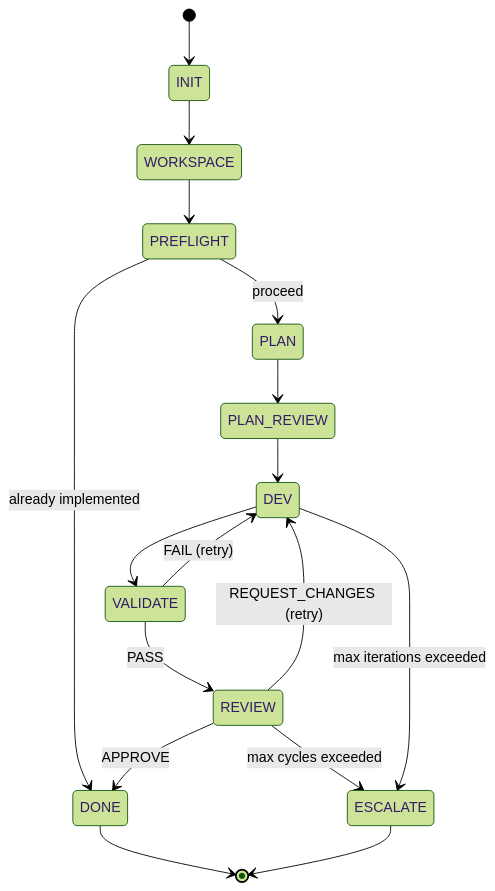
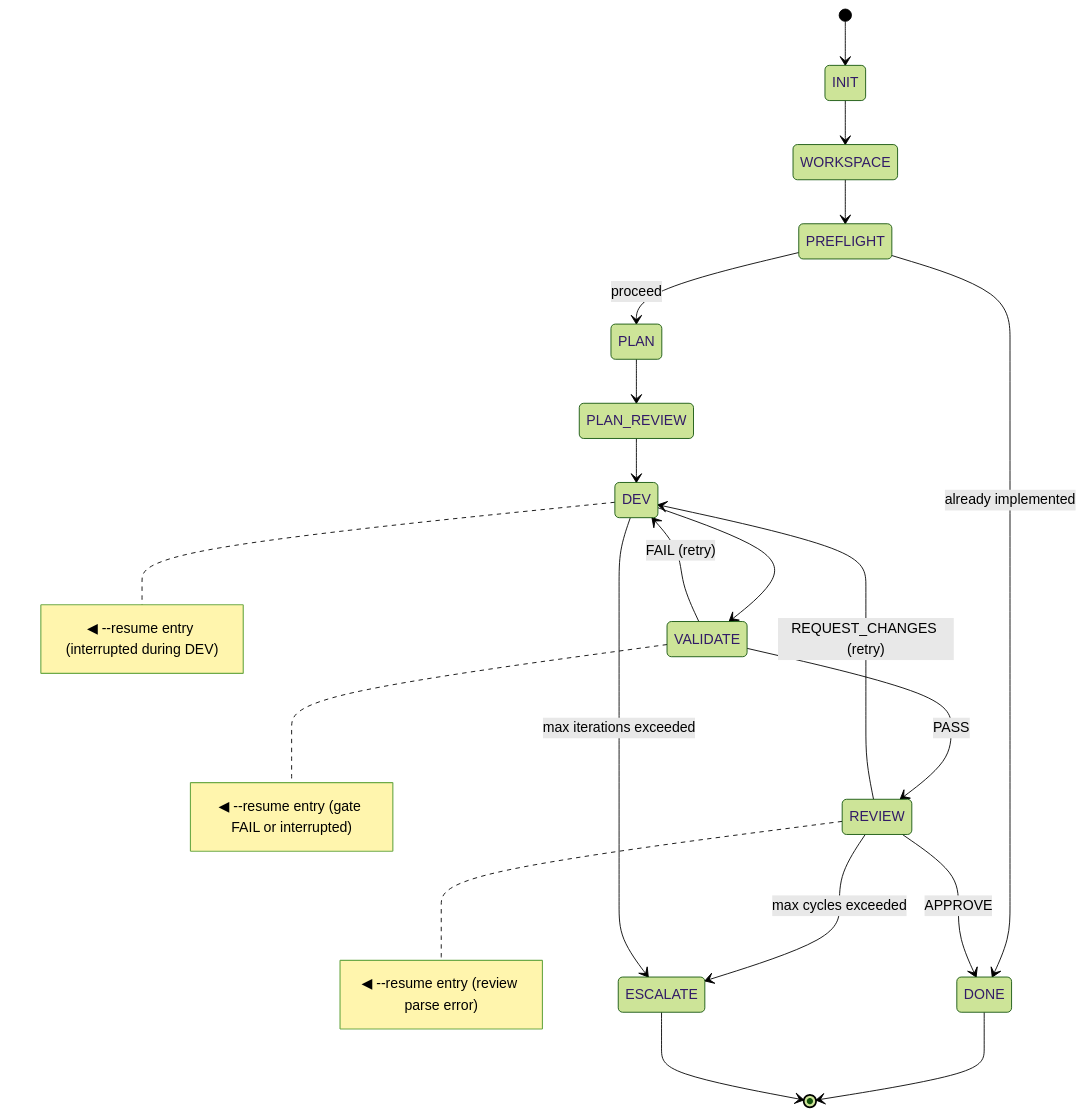
The first of 2 diagrams in README.md (fuzzypete/theforge), drawn with Mermaid (forest theme) before and after one commit. The commit also changed other lines of this file and 2 other files, not shown here.

First line of the commit message:
docs: fix P2 review findings

````diff
--- a/README.md
+++ b/README.md
@@ -113,19 +113,23 @@
 ```mermaid
 stateDiagram-v2
     [*] --> INIT
     INIT --> WORKSPACE
     WORKSPACE --> PREFLIGHT
     PREFLIGHT --> PLAN : proceed
     PREFLIGHT --> DONE : already implemented
     PLAN --> PLAN_REVIEW
     PLAN_REVIEW --> DEV
     DEV --> VALIDATE
     VALIDATE --> DEV : FAIL (retry)
     VALIDATE --> REVIEW : PASS
     REVIEW --> DEV : REQUEST_CHANGES (retry)
     REVIEW --> DONE : APPROVE
     REVIEW --> ESCALATE : max cycles exceeded
     DEV --> ESCALATE : max iterations exceeded
     DONE --> [*]
     ESCALATE --> [*]
+
+    note right of DEV : ◀ --resume entry (interrupted during DEV)
+    note right of VALIDATE : ◀ --resume entry (gate FAIL or interrupted)
+    note right of REVIEW : ◀ --resume entry (review parse error)
 ```
````
